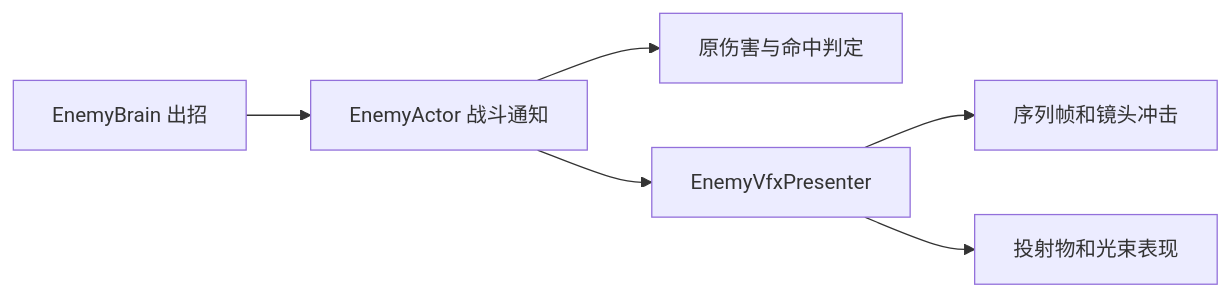
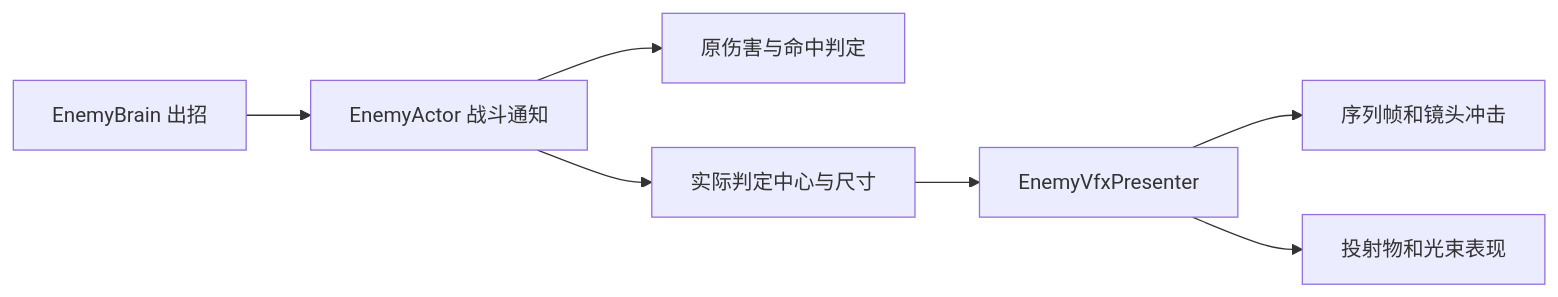
One commit to MorrowHome/Project-Rule changed the diagram in Doc/Boss特效接入.md. Above: the diagram before and after it, drawn with Mermaid. The commit also changed other lines of this file and 34 other files, not shown here.

````diff
--- a/Doc/Boss特效接入.md
+++ b/Doc/Boss特效接入.md
@@ -26,8 +74,9 @@
 ```mermaid
 flowchart LR
     AI[EnemyBrain 出招] --> Actor[EnemyActor 战斗通知]
     Actor --> Combat[原伤害与命中判定]
-    Actor --> View[EnemyVfxPresenter]
+    Actor --> Geometry[实际判定中心与尺寸]
+    Geometry --> View[EnemyVfxPresenter]
     View --> Clip[序列帧和镜头冲击]
     View --> Shot[投射物和光束表现]
 ```
````
